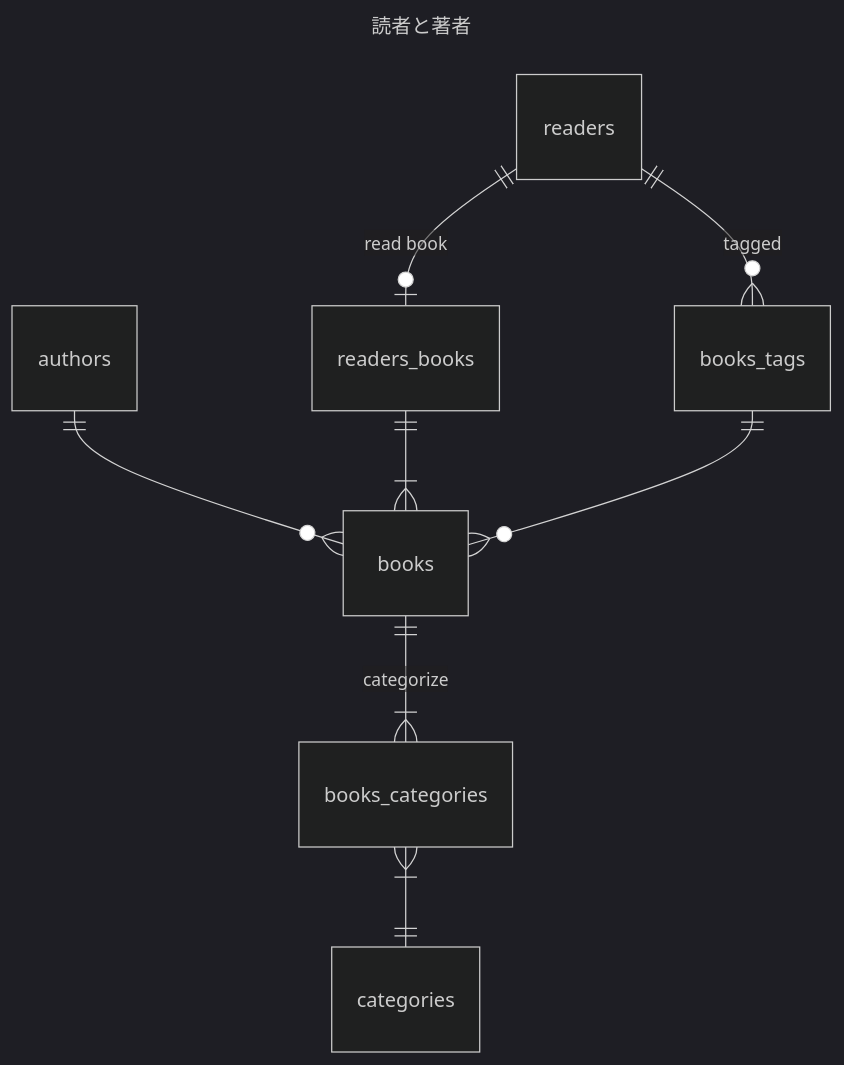
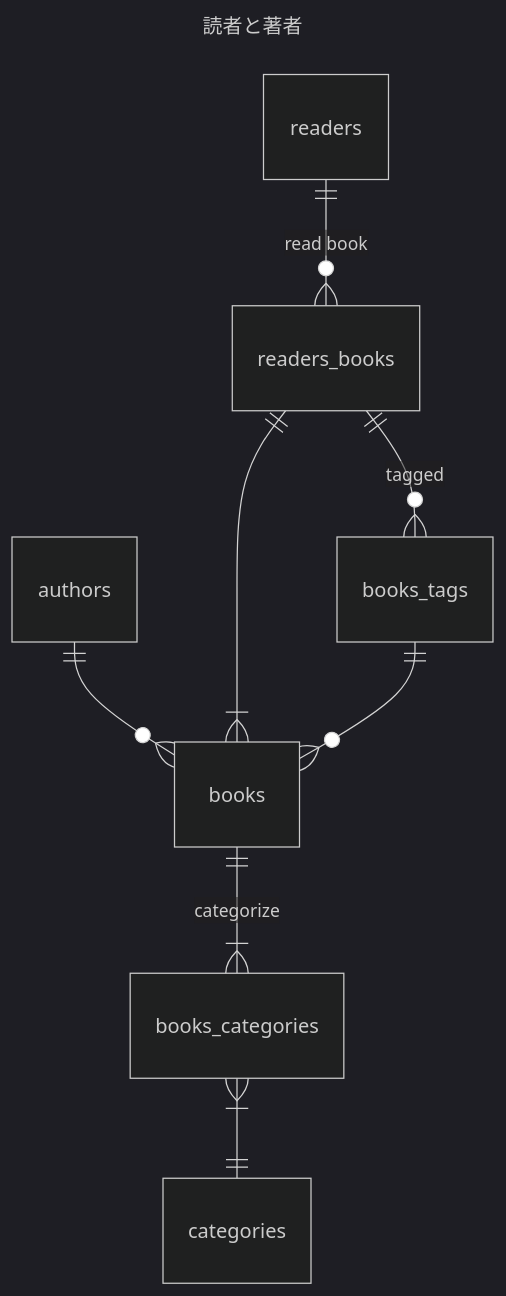
The diagram in README.md (hachi-eiji/sandbox-rails), drawn with Mermaid (dark theme) before and after one commit.

Commit message:
docs: fix table

````diff
--- a/README.md
+++ b/README.md
@@ -8,13 +8,13 @@
 ```mermaid
 ---
 title: 読者と著者
 ---
 erDiagram
     authors ||--o{ books: ""
-    readers ||--o| readers_books: "read book"
+    readers ||--o{ readers_books: "read book"
     readers_books ||--|{ books: ""
-    readers ||--o{ books_tags: "tagged"
+    readers_books ||--o{ books_tags: "tagged"
     books_tags ||--o{ books: ""
     books ||--|{ books_categories: "categorize"
     books_categories }|--||categories: ""
 ```
````
